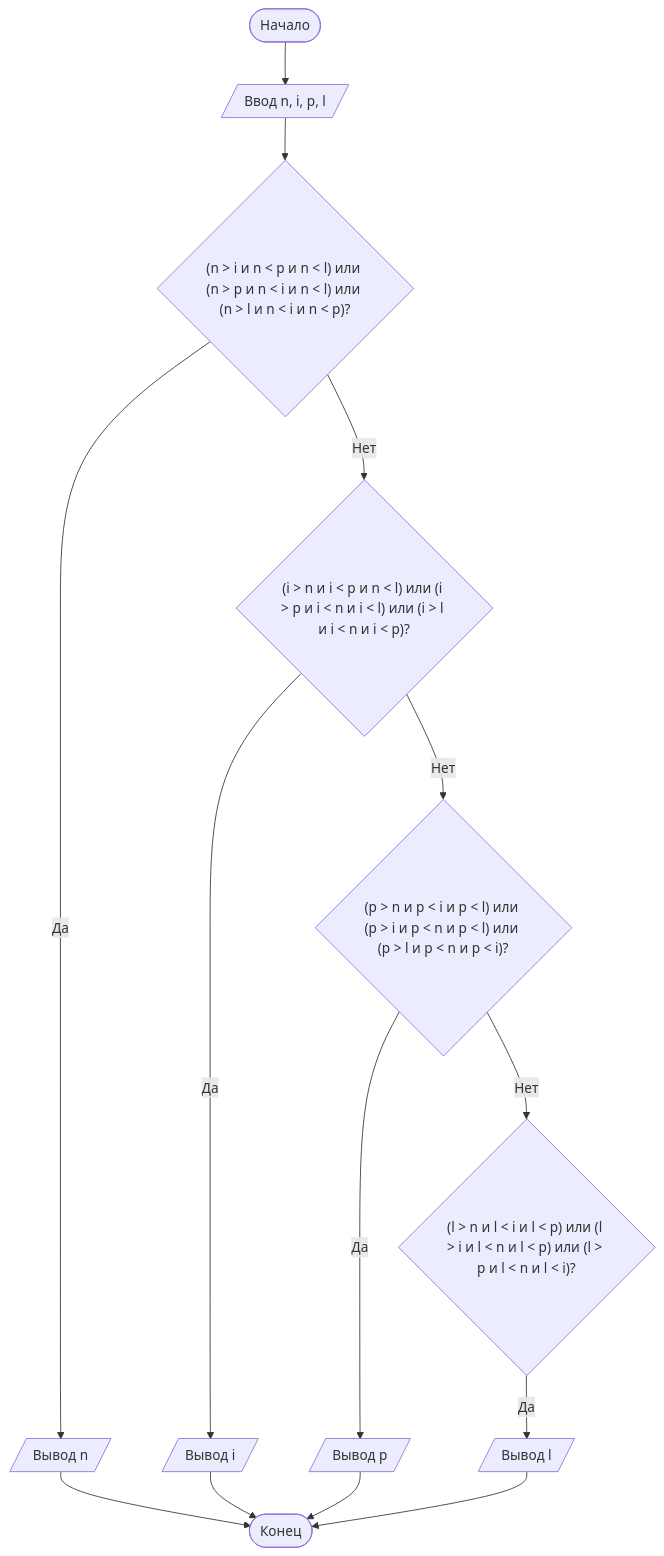
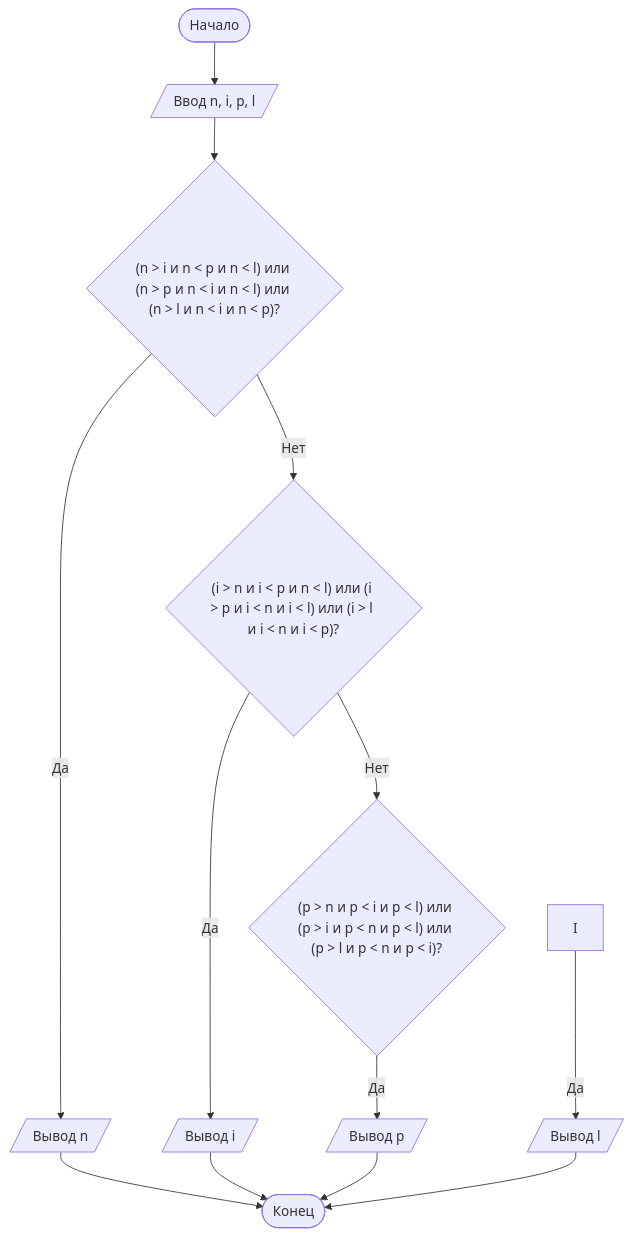
One commit to Fipip28/laboratornaya-rabota-1 changed the diagram in README.md. Above: the diagram before and after it, drawn with Mermaid.

````diff
--- a/README.md
+++ b/README.md
@@ -110,16 +110,15 @@
 ```mermaid
 graph TD
     A([Начало]) --> B[/Ввод n, i, p, l/]
     B --> C{"(n > i и n < p и n < l) или (n > p и n < i и n < l) или (n > l и n < i и n < p)?"}
     C -- Да --> D[/Вывод n/]
     C -- Нет --> E{"(i > n и i < p и n < l) или (i > p и i < n и i < l) или (i > l и i < n и i < p)?"}
     E -- Да --> F[/Вывод i/]
     E -- Нет --> G{"(p > n и p < i и p < l) или (p > i и p < n и p < l) или (p > l и p < n и p < i)?"}
     G -- Да --> H[/Вывод p/]
-    G -- Нет --> I{"(l > n и l < i и l < p) или (l > i и l < n и l < p) или (l > p и l < n и l < i)?"}
     I -- Да --> K[/Вывод l/]
     D --> J([Конец])
     F --> J
     H --> J
     K --> J
 ```
````
